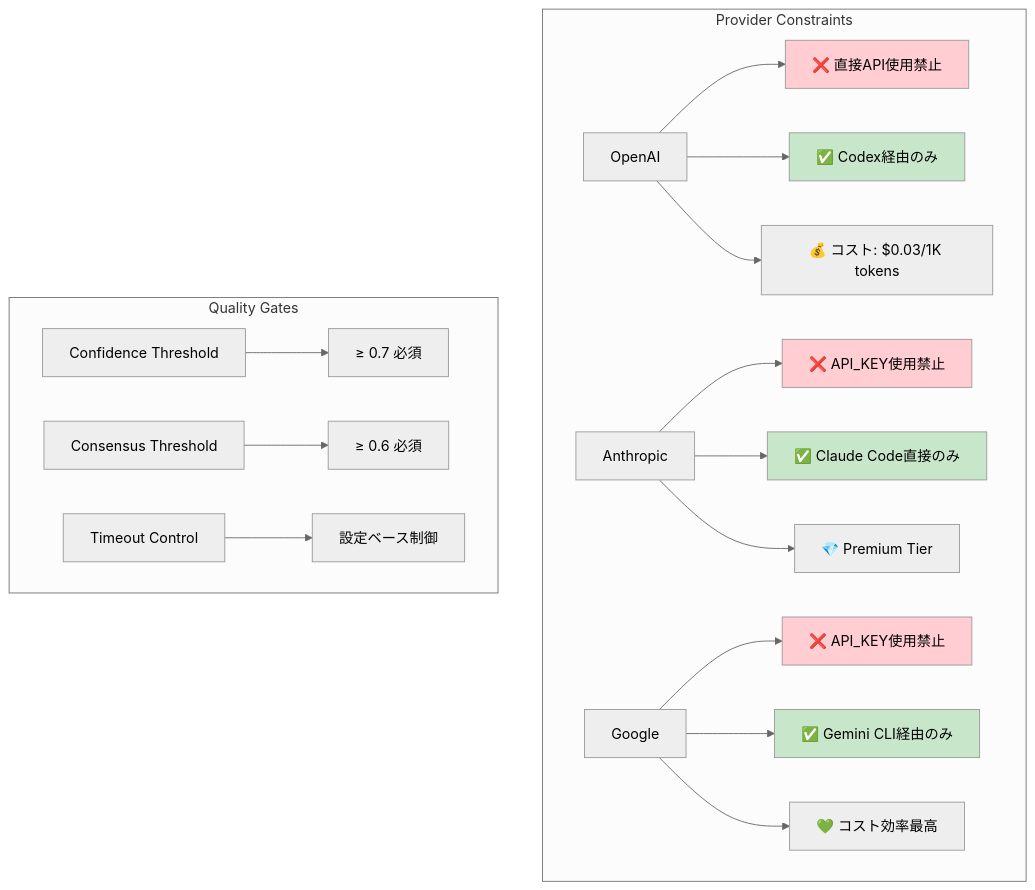
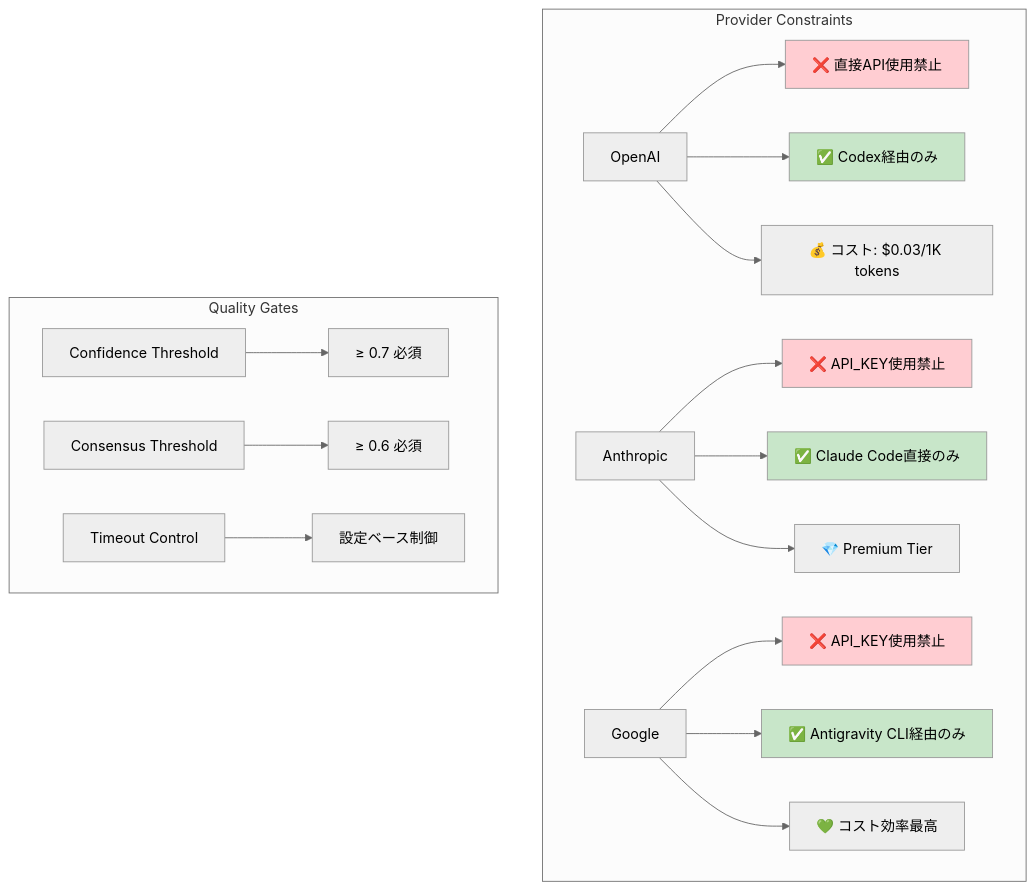
The ninth of 54 diagrams in docs/BASIC_DESIGN_DETAILED.md (wombat2006/techdev), drawn with Mermaid (neutral theme) before and after one commit. The commit also changed other lines of this file and 19 other files, not shown here.

First line of the commit message:
docs: Gemini CLI 表記を Antigravity CLI（agy）へ移行

````diff
--- a/docs/BASIC_DESIGN_DETAILED.md
+++ b/docs/BASIC_DESIGN_DETAILED.md
@@ -307,29 +307,29 @@
 ```mermaid
 graph TB
     subgraph "Provider Constraints"
         A[OpenAI] --> A1[❌ 直接API使用禁止]
         A --> A2[✅ Codex経由のみ]
         A --> A3[💰 コスト: $0.03/1K tokens]
         
         B[Anthropic] --> B1[❌ API_KEY使用禁止]
         B --> B2[✅ Claude Code直接のみ]
         B --> B3[💎 Premium Tier]
         
         C[Google] --> C1[❌ API_KEY使用禁止]
-        C --> C2[✅ Gemini CLI経由のみ]
+        C --> C2[✅ Antigravity CLI経由のみ]
         C --> C3[💚 コスト効率最高]
     end
     
     subgraph "Quality Gates"
         D[Confidence Threshold] --> D1[≥ 0.7 必須]
         E[Consensus Threshold] --> E1[≥ 0.6 必須]
         F[Timeout Control] --> F1[設定ベース制御]
     end
     
     style A1 fill:#ffcdd2
     style B1 fill:#ffcdd2
     style C1 fill:#ffcdd2
     style A2 fill:#c8e6c9
     style B2 fill:#c8e6c9
     style C2 fill:#c8e6c9
 ```
````
